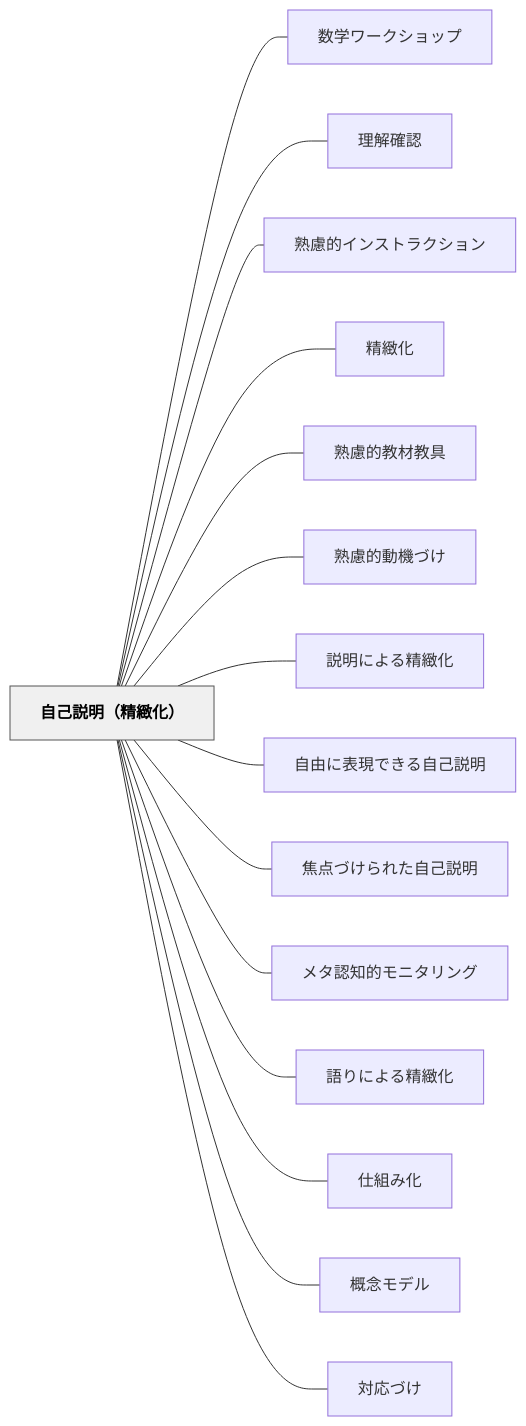
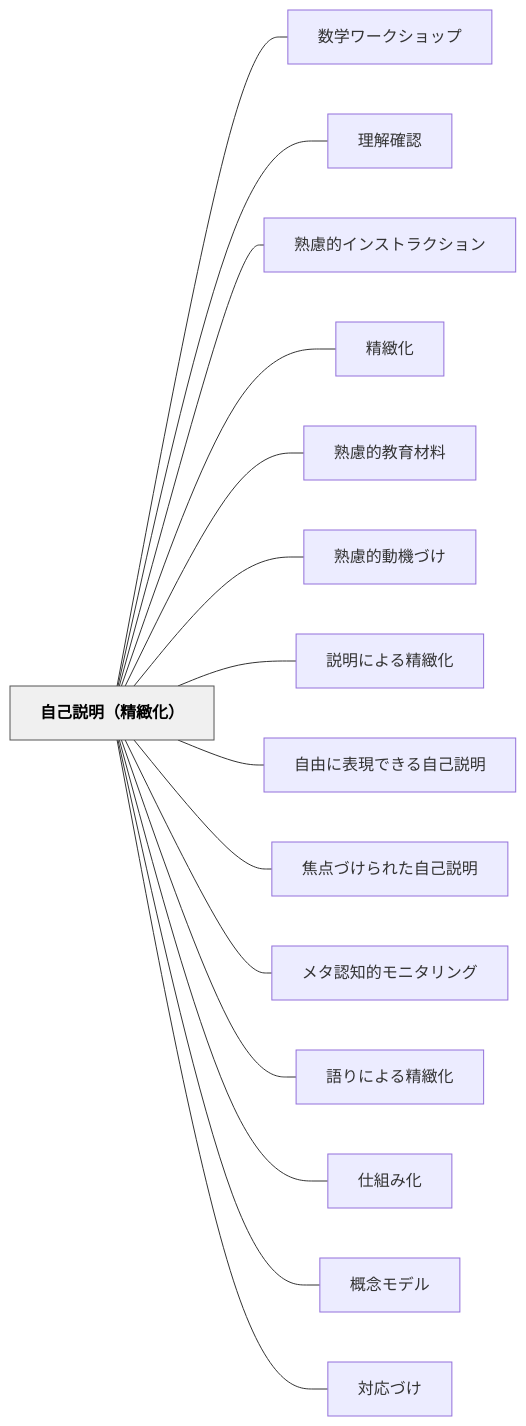
Before and after one commit to unknownthings-ed-patterns/unknownthings-ed-patterns: the diagram in content/パタン/自己説明（精緻化）.md, drawn with Mermaid. The commit also changed 4 other files, not shown here.

````diff
--- a/content/パタン/自己説明（精緻化）.md
+++ b/content/パタン/自己説明（精緻化）.md
@@ -76,36 +76,36 @@
 ```mermaid
 flowchart LR
     ne887aae5b7b1e8aaace6988eefbc88e7b2bee7b7bbe58c96efbc89["自己説明（精緻化）"]
     ne695b0e5ada6e383afe383bce382afe382b7e383a7e38383e38397["数学ワークショップ"]
     ne79086e8a7a3e7a2bae8aa8d["理解確認"]
     ne7869fe685aee79a84e382a4e383b3e382b9e38388e383a9e382afe382b7e383a7e383b3["熟慮的インストラクション"]
     ne7b2bee7b7bbe58c96["精緻化"]
-    ne7869fe685aee79a84e69599e69d90e69599e585b7["熟慮的教材教具"]
+    ne7869fe685aee79a84e69599e882b2e69d90e69699["熟慮的教育材料"]
     ne7869fe685aee79a84e58b95e6a99fe381a5e38191["熟慮的動機づけ"]
     ne8aaace6988ee381abe38288e3828be7b2bee7b7bbe58c96["説明による精緻化"]
     ne887aae794b1e381abe8a1a8e78fbee381a7e3818de3828be887aae5b7b1e8aaace6988e["自由に表現できる自己説明"]
     ne784a6e782b9e381a5e38191e38289e3828ce3819fe887aae5b7b1e8aaace6988e["焦点づけられた自己説明"]
     ne383a1e382bfe8aa8de79fa5e79a84e383a2e3838be382bfe383aae383b3e382b0["メタ認知的モニタリング"]
     ne8aa9ee3828ae381abe38288e3828be7b2bee7b7bbe58c96["語りによる精緻化"]
     ne4bb95e7b584e381bfe58c96["仕組み化"]
     ne6a682e5bfb5e383a2e38387e383ab["概念モデル"]
     ne5afbee5bf9ce381a5e38191["対応づけ"]
 
     ne887aae5b7b1e8aaace6988eefbc88e7b2bee7b7bbe58c96efbc89 --- ne695b0e5ada6e383afe383bce382afe382b7e383a7e38383e38397
     ne887aae5b7b1e8aaace6988eefbc88e7b2bee7b7bbe58c96efbc89 --- ne79086e8a7a3e7a2bae8aa8d
     ne887aae5b7b1e8aaace6988eefbc88e7b2bee7b7bbe58c96efbc89 --- ne7869fe685aee79a84e382a4e383b3e382b9e38388e383a9e382afe382b7e383a7e383b3
     ne887aae5b7b1e8aaace6988eefbc88e7b2bee7b7bbe58c96efbc89 --- ne7b2bee7b7bbe58c96
-    ne887aae5b7b1e8aaace6988eefbc88e7b2bee7b7bbe58c96efbc89 --- ne7869fe685aee79a84e69599e69d90e69599e585b7
+    ne887aae5b7b1e8aaace6988eefbc88e7b2bee7b7bbe58c96efbc89 --- ne7869fe685aee79a84e69599e882b2e69d90e69699
     ne887aae5b7b1e8aaace6988eefbc88e7b2bee7b7bbe58c96efbc89 --- ne7869fe685aee79a84e58b95e6a99fe381a5e38191
     ne887aae5b7b1e8aaace6988eefbc88e7b2bee7b7bbe58c96efbc89 --- ne8aaace6988ee381abe38288e3828be7b2bee7b7bbe58c96
     ne887aae5b7b1e8aaace6988eefbc88e7b2bee7b7bbe58c96efbc89 --- ne887aae794b1e381abe8a1a8e78fbee381a7e3818de3828be887aae5b7b1e8aaace6988e
     ne887aae5b7b1e8aaace6988eefbc88e7b2bee7b7bbe58c96efbc89 --- ne784a6e782b9e381a5e38191e38289e3828ce3819fe887aae5b7b1e8aaace6988e
     ne887aae5b7b1e8aaace6988eefbc88e7b2bee7b7bbe58c96efbc89 --- ne383a1e382bfe8aa8de79fa5e79a84e383a2e3838be382bfe383aae383b3e382b0
     ne887aae5b7b1e8aaace6988eefbc88e7b2bee7b7bbe58c96efbc89 --- ne8aa9ee3828ae381abe38288e3828be7b2bee7b7bbe58c96
     ne887aae5b7b1e8aaace6988eefbc88e7b2bee7b7bbe58c96efbc89 --- ne4bb95e7b584e381bfe58c96
     ne887aae5b7b1e8aaace6988eefbc88e7b2bee7b7bbe58c96efbc89 --- ne6a682e5bfb5e383a2e38387e383ab
     ne887aae5b7b1e8aaace6988eefbc88e7b2bee7b7bbe58c96efbc89 --- ne5afbee5bf9ce381a5e38191
 
     classDef hub fill:#f0f0f0,stroke:#555,color:#000,font-weight:bold
     class ne887aae5b7b1e8aaace6988eefbc88e7b2bee7b7bbe58c96efbc89 hub
 ```
````
